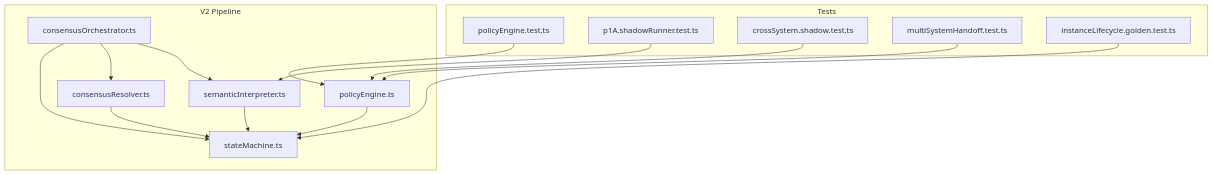
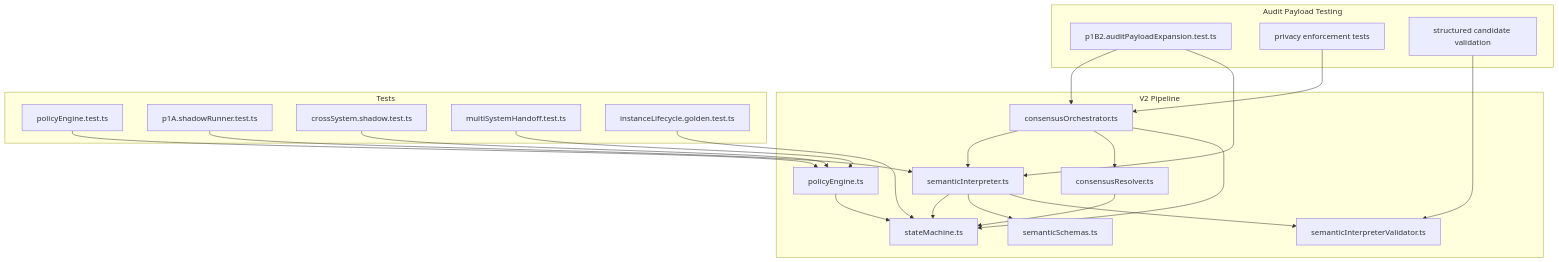
One commit to ongchonghian/gatiod-chat-assistant changed the first of 8 diagrams in .qoder/repowiki/en/content/Testing Strategy/V2 Pipeline Testing.md. Above: the diagram before and after it, drawn with Mermaid. The commit also changed other lines of this file and 32 other files, not shown here.

````diff
--- a/.qoder/repowiki/en/content/Testing Strategy/V2 Pipeline Testing.md
+++ b/.qoder/repowiki/en/content/Testing Strategy/V2 Pipeline Testing.md
@@ -38,28 +52,41 @@
 ```mermaid
 graph TB
 subgraph "V2 Pipeline"
 A["policyEngine.ts"]
 B["semanticInterpreter.ts"]
 C["consensusOrchestrator.ts"]
 D["consensusResolver.ts"]
 E["stateMachine.ts"]
+F["semanticSchemas.ts"]
+G["semanticInterpreterValidator.ts"]
+end
+subgraph "Audit Payload Testing"
+T1["p1B2.auditPayloadExpansion.test.ts"]
+T2["privacy enforcement tests"]
+T3["structured candidate validation"]
 end
 subgraph "Tests"
-T1["policyEngine.test.ts"]
-T2["p1A.shadowRunner.test.ts"]
-T3["crossSystem.shadow.test.ts"]
-T4["multiSystemHandoff.test.ts"]
-T5["instanceLifecycle.golden.test.ts"]
+T4["policyEngine.test.ts"]
+T5["p1A.shadowRunner.test.ts"]
+T6["crossSystem.shadow.test.ts"]
+T7["multiSystemHandoff.test.ts"]
+T8["instanceLifecycle.golden.test.ts"]
 end
 A --> E
 B --> E
+B --> F
+B --> G
 C --> B
 C --> D
 C --> E
 D --> E
-T1 --> A
-T2 --> B
-T3 --> A
+T1 --> C
+T1 --> B
+T2 --> C
+T3 --> G
 T4 --> A
-T5 --> E
+T5 --> B
+T6 --> A
+T7 --> A
+T8 --> E
 ```
````
